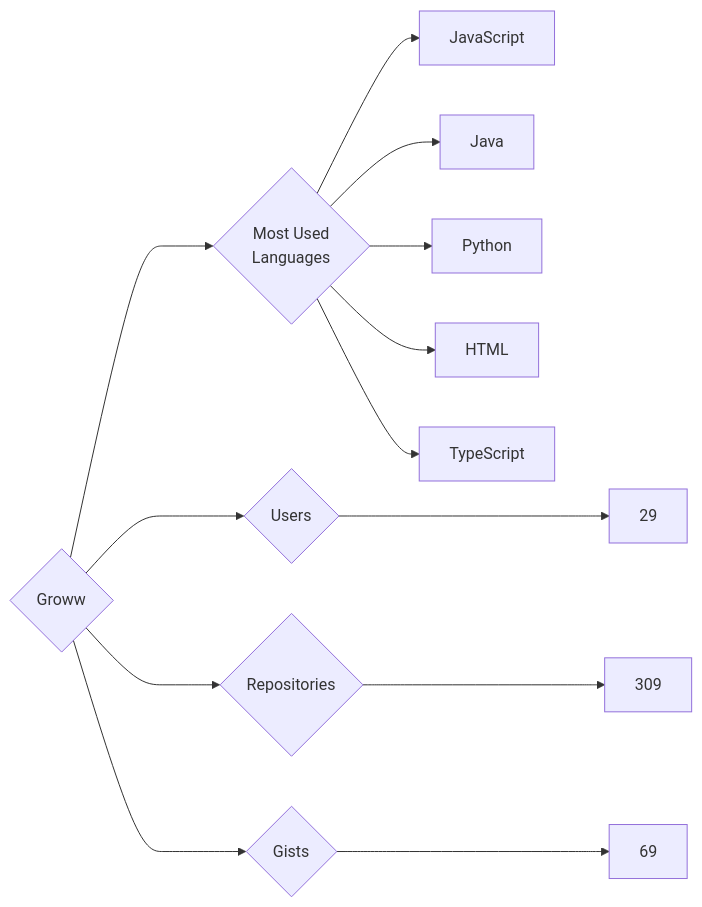
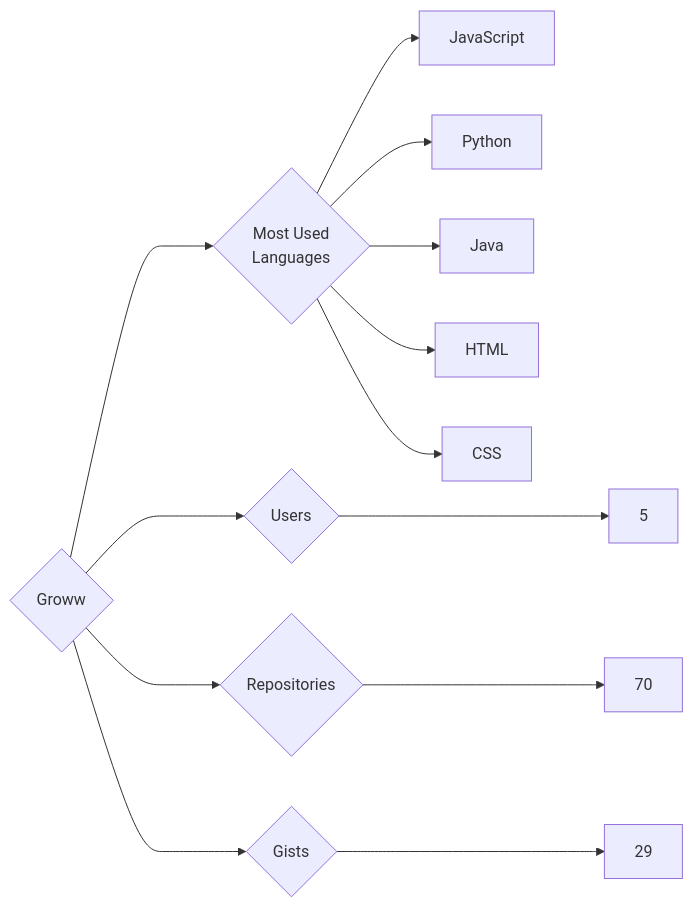
The diagram in targets/Groww/README.md (trickest/insiders), drawn with Mermaid before and after one commit. The commit also changed 965 other files, not shown here.

````diff
--- a/targets/Groww/README.md
+++ b/targets/Groww/README.md
@@ -3,13 +3,13 @@
 ```mermaid
 graph LR
 COMPANY_NAME{Groww}
-COMPANY_NAME ---> U{Users} ---> UN[29]
-COMPANY_NAME ---> R{Repositories} ---> RN[309]
-COMPANY_NAME ---> G{Gists} ---> GN[69]
+COMPANY_NAME ---> U{Users} ---> UN[5]
+COMPANY_NAME ---> R{Repositories} ---> RN[70]
+COMPANY_NAME ---> G{Gists} ---> GN[29]
 COMPANY_NAME ---> ML{Most Used<br>Languages}
 ML --> JavaScript[JavaScript]
+ML --> Python[Python]
 ML --> Java[Java]
-ML --> Python[Python]
 ML --> HTML[HTML]
-ML --> TypeScript[TypeScript]
+ML --> CSS[CSS]
 ```
````
